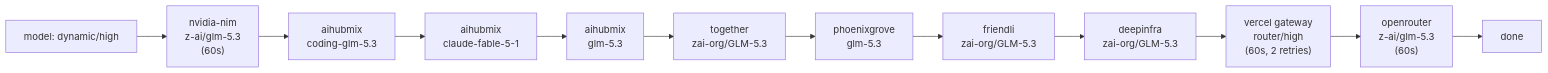
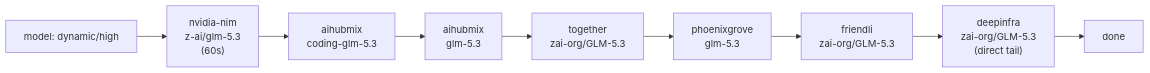
The third of 18 diagrams in dot_agents/skills/provider-catalog/references/ROUTING_TOPOLOGY.md (phillias/dotfiles), drawn with Mermaid before and after one commit. The commit also changed other lines of this file and 2 other files, not shown here.

First line of the commit message:
Retire Vercel rungs fleet-wide (dotfiles #599)

````diff
--- a/dot_agents/skills/provider-catalog/references/ROUTING_TOPOLOGY.md
+++ b/dot_agents/skills/provider-catalog/references/ROUTING_TOPOLOGY.md
@@ -103,4 +117,4 @@
 ```mermaid
 flowchart LR
-    in["model: dynamic/high"] --> h0["nvidia-nim<br/>z-ai/glm-5.3<br/>(60s)"] --> h1["aihubmix<br/>coding-glm-5.3"] --> h2["aihubmix<br/>claude-fable-5-1"] --> h3["aihubmix<br/>glm-5.3"] --> h4["together<br/>zai-org/GLM-5.3"] --> h5["phoenixgrove<br/>glm-5.3"] --> h6["friendli<br/>zai-org/GLM-5.3"] --> h7["deepinfra<br/>zai-org/GLM-5.3"] --> h8["vercel gateway<br/>router/high<br/>(60s, 2 retries)"] --> h9["openrouter<br/>z-ai/glm-5.3<br/>(60s)"] --> done[done]
+    in["model: dynamic/high"] --> h0["nvidia-nim<br/>z-ai/glm-5.3<br/>(60s)"] --> h1["aihubmix<br/>coding-glm-5.3"] --> h2["aihubmix<br/>glm-5.3"] --> h3["together<br/>zai-org/GLM-5.3"] --> h4["phoenixgrove<br/>glm-5.3"] --> h5["friendli<br/>zai-org/GLM-5.3"] --> h6["deepinfra<br/>zai-org/GLM-5.3<br/>(direct tail)"] --> done[done]
 ```
````
